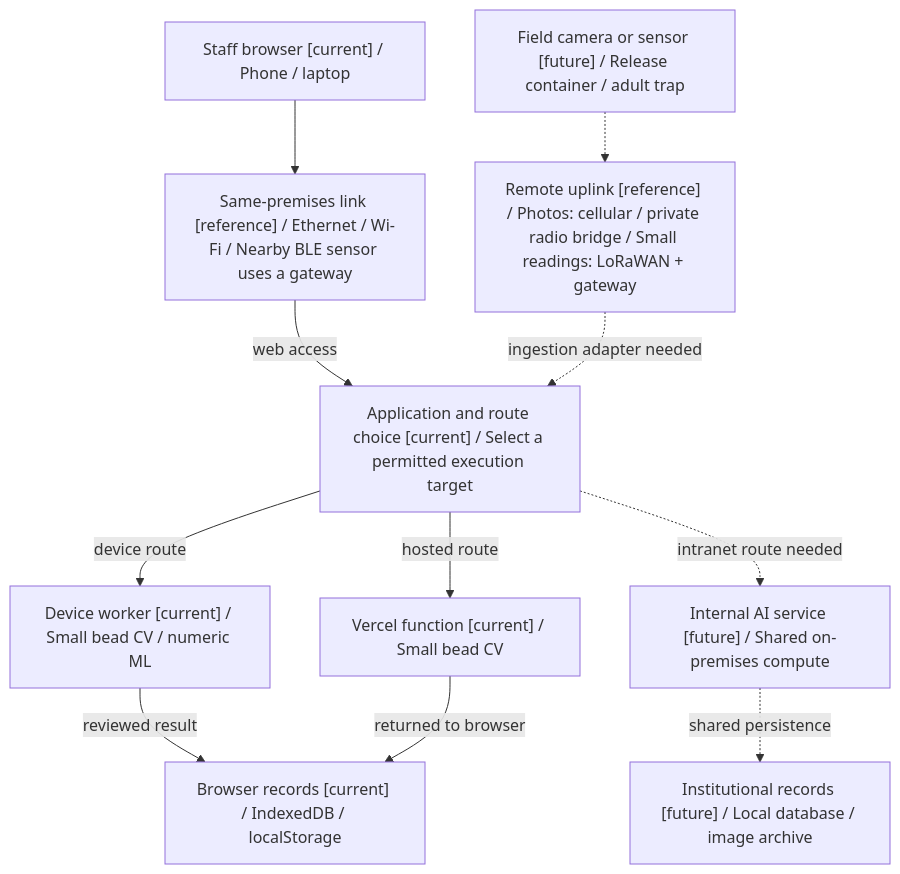
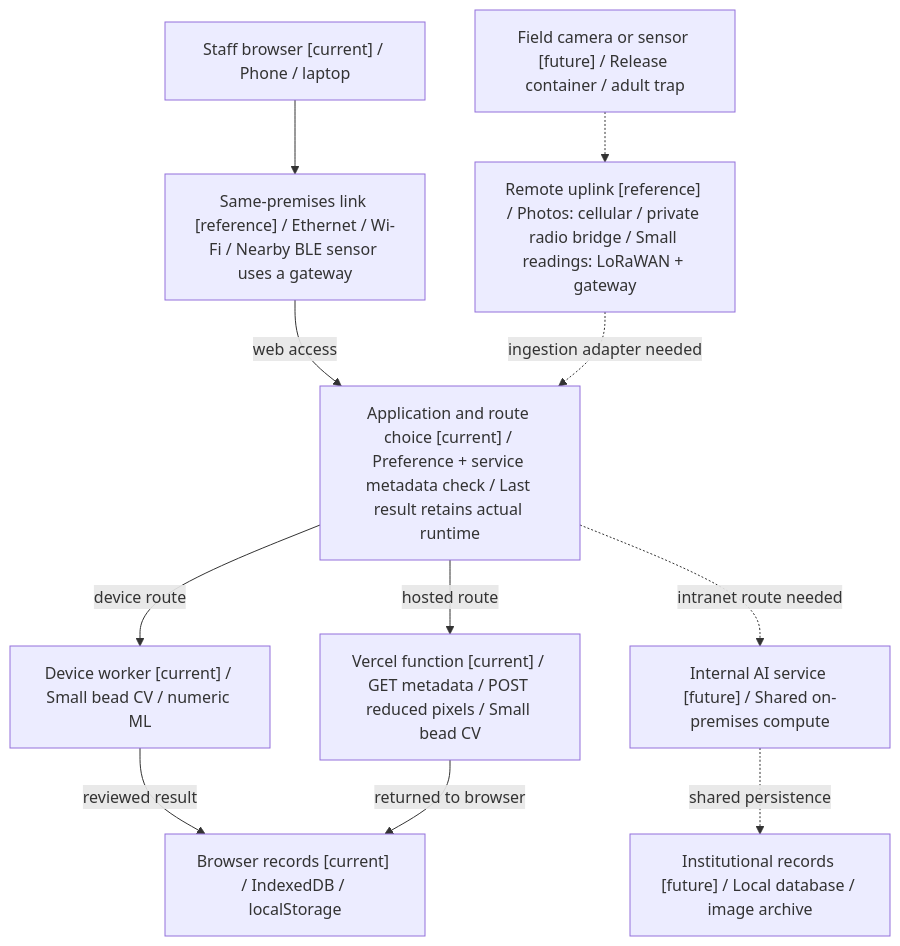
The diagram in docs/figures/network-stack.mmd (wilisail/workshop-ready), drawn with Mermaid before and after one commit. The commit also changed 12 other files, not shown here.

Commit message:
feat: expose counting service reachability and actual execution paths

```diff
--- a/docs/figures/network-stack.mmd
+++ b/docs/figures/network-stack.mmd
@@ -1,21 +1,21 @@
 flowchart TD
     staff["Staff browser [current] / Phone / laptop"]
     field["Field camera or sensor [future] / Release container / adult trap"]
     premises["Same-premises link [reference] / Ethernet / Wi-Fi / Nearby BLE sensor uses a gateway"]
     remote["Remote uplink [reference] / Photos: cellular / private radio bridge / Small readings: LoRaWAN + gateway"]
-    routing["Application and route choice [current] / Select a permitted execution target"]
+    routing["Application and route choice [current] / Preference + service metadata check / Last result retains actual runtime"]
     device["Device worker [current] / Small bead CV / numeric ML"]
-    vercel["Vercel function [current] / Small bead CV"]
+    vercel["Vercel function [current] / GET metadata / POST reduced pixels / Small bead CV"]
     internal["Internal AI service [future] / Shared on-premises compute"]
     browserstore["Browser records [current] / IndexedDB / localStorage"]
     sharedstore["Institutional records [future] / Local database / image archive"]
     staff --> premises
     field -.-> remote
     premises -->|"web access"| routing
     remote -.->|"ingestion adapter needed"| routing
     routing -->|"device route"| device
     routing -->|"hosted route"| vercel
     routing -.->|"intranet route needed"| internal
     device -->|"reviewed result"| browserstore
     vercel -->|"returned to browser"| browserstore
     internal -.->|"shared persistence"| sharedstore
```
